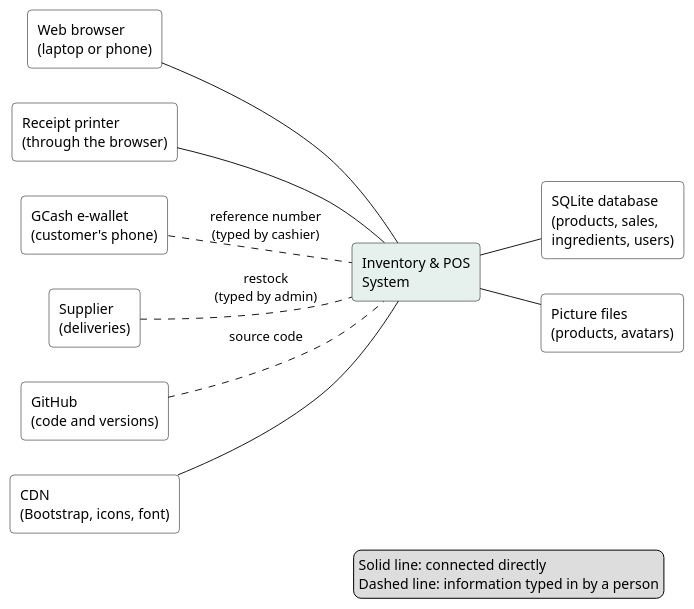
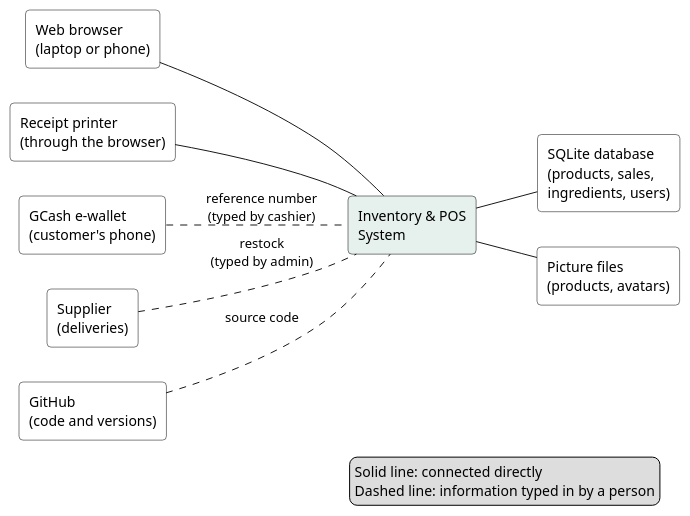
Before and after one commit to JmlAsync/inventory-pos-system: the diagram in diagrams/context_diagram.puml, drawn with PlantUML. The commit also changed 26 other files, not shown here.

```diff
--- a/diagrams/context_diagram.puml
+++ b/diagrams/context_diagram.puml
@@ -1,36 +1,34 @@
 @startuml
-' Context model - Inventory & POS System (v0.18.2), Lecture 5 p. 10 style
+' Context model - Inventory & POS System (v0.19.4: Bootstrap, icons and font now inside the system), Lecture 5 p. 10 style
 ' The system in the middle; the other systems and devices it works with around it.
 ' Paste into draw.io (Arrange > Insert > Advanced > PlantUML) or planttext.com to edit.
 skinparam defaultFontName Arial
 skinparam shadowing false
 skinparam rectangle {
   BackgroundColor White
   BorderColor Black
   RoundCorner 8
 }
 left to right direction
 
 rectangle "Web browser\n(laptop or phone)" as Browser
 rectangle "Receipt printer\n(through the browser)" as Printer
 rectangle "GCash e-wallet\n(customer's phone)" as GCash
 rectangle "Inventory & POS\nSystem" as POS #E6F1EE
 rectangle "SQLite database\n(products, sales,\ningredients, users)" as DB
 rectangle "Picture files\n(products, avatars)" as Files
 rectangle "Supplier\n(deliveries)" as Supplier
 rectangle "GitHub\n(code and versions)" as GitHub
-rectangle "CDN\n(Bootstrap, icons, font)" as CDN
 
 Browser -- POS
 Printer -- POS
 GCash .. POS : reference number\n(typed by cashier)
 POS -- DB
 POS -- Files
 Supplier .. POS : restock\n(typed by admin)
 GitHub .. POS : source code
-CDN -- POS
 legend right
   Solid line: connected directly
   Dashed line: information typed in by a person
 endlegend
 @enduml
```
